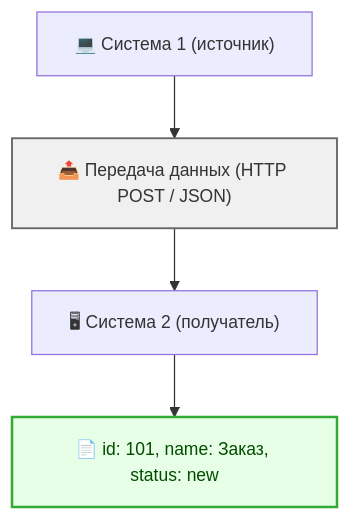
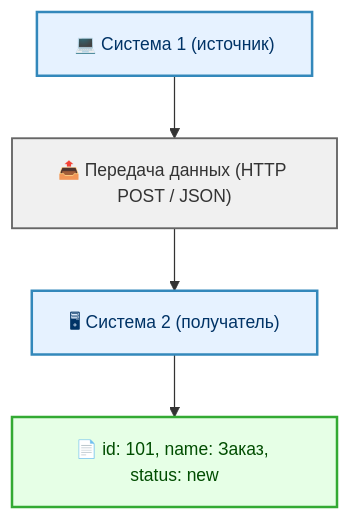
Before and after one commit to Spirzen/it-knowledge-base: the first of 3 diagrams in docs/encyclopedia/2-system-network/2-09-osnovy-integratsionnogo-vzaimodeystviya/1.md, drawn with Mermaid. The commit also changed other lines of this file and 1180 other files, not shown here.

````diff
--- a/docs/encyclopedia/2-system-network/2-09-osnovy-integratsionnogo-vzaimodeystviya/1.md
+++ b/docs/encyclopedia/2-system-network/2-09-osnovy-integratsionnogo-vzaimodeystviya/1.md
@@ -58,22 +58,22 @@
 ```mermaid
 %%{init: {
   "theme": "default",
   "themeVariables": {
     "fontSize": "14px",
     "fontFamily": "Segoe UI, Tahoma, sans-serif"
   }
 }}%%
 flowchart TD
-    classDef System fill:#e6f2ff,stroke:#3388bb,stroke-width:2px,color:#003366;
+    classDef systemNode fill:#e6f2ff,stroke:#3388bb,stroke-width:2px,color:#003366;
     classDef connector fill:#f0f0f0,stroke:#666666,stroke-width:1.5px,color:#333333,shape:rect;
-    classDef Данные fill:#e6ffe6,stroke:#33aa33,stroke-width:2px,color:#004d00;
+    classDef payload fill:#e6ffe6,stroke:#33aa33,stroke-width:2px,color:#004d00;
 
-    S1["💻 Система 1 (источник)"]:::Система
+    S1["💻 Система 1 (источник)"]:::systemNode
     Arrow["📤 Передача данных (HTTP POST / JSON)"]:::connector
-    S2["🖥 Система 2 (получатель)"]:::Система
-    D["📄 "id: 101, name: Заказ, status: new""]:::Данные
+    S2["🖥 Система 2 (получатель)"]:::systemNode
+    D["📄 id: 101, name: Заказ, status: new"]:::payload
 
     S1 --> Arrow
     Arrow --> S2
     S2 --> D
 ```
````
